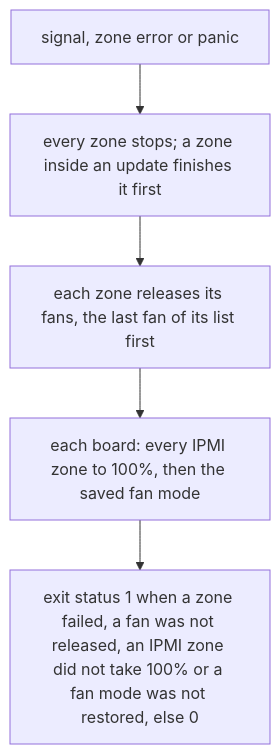
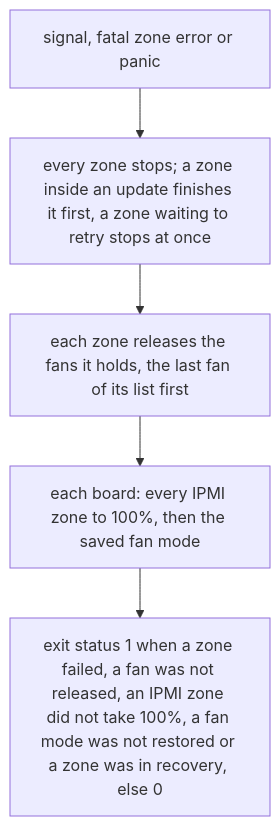
Before and after one commit to mniehe/coolerd: the diagram in docs/failure.md, drawn with Mermaid. The commit also changed other lines of this file and 12 other files, not shown here.

Commit message:
feat(zone): retry a failed zone with a capped backoff while the other zones run (#5)

````diff
--- a/docs/failure.md
+++ b/docs/failure.md
@@ -87,7 +131,7 @@
 ```mermaid
 flowchart TD
-    A[signal, zone error or panic] --> B[every zone stops; a zone inside an update finishes it first]
-    B --> C[each zone releases its fans, the last fan of its list first]
+    A[signal, fatal zone error or panic] --> B[every zone stops; a zone inside an update finishes it first, a zone waiting to retry stops at once]
+    B --> C[each zone releases the fans it holds, the last fan of its list first]
     C --> D[each board: every IPMI zone to 100%, then the saved fan mode]
-    D --> E[exit status 1 when a zone failed, a fan was not released, an IPMI zone did not take 100% or a fan mode was not restored, else 0]
+    D --> E[exit status 1 when a zone failed, a fan was not released, an IPMI zone did not take 100%, a fan mode was not restored or a zone was in recovery, else 0]
 ```
````
